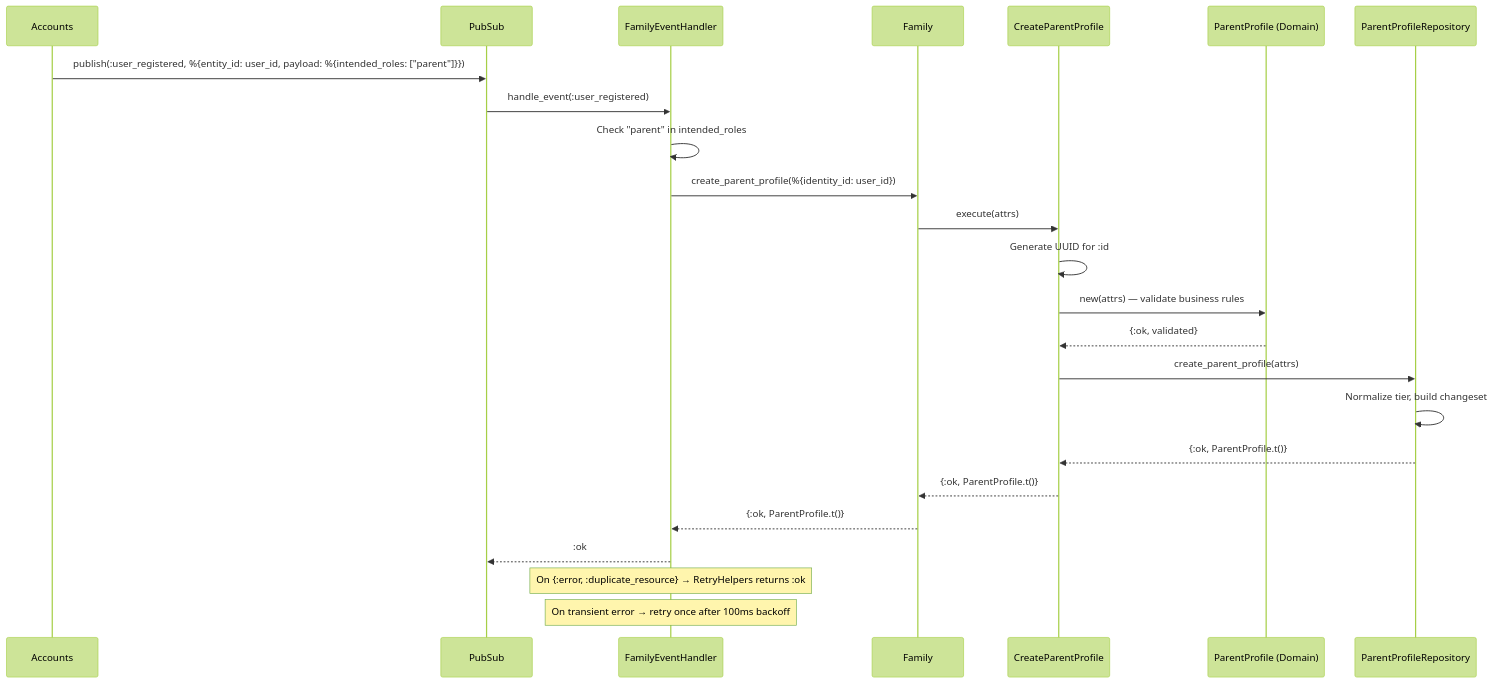
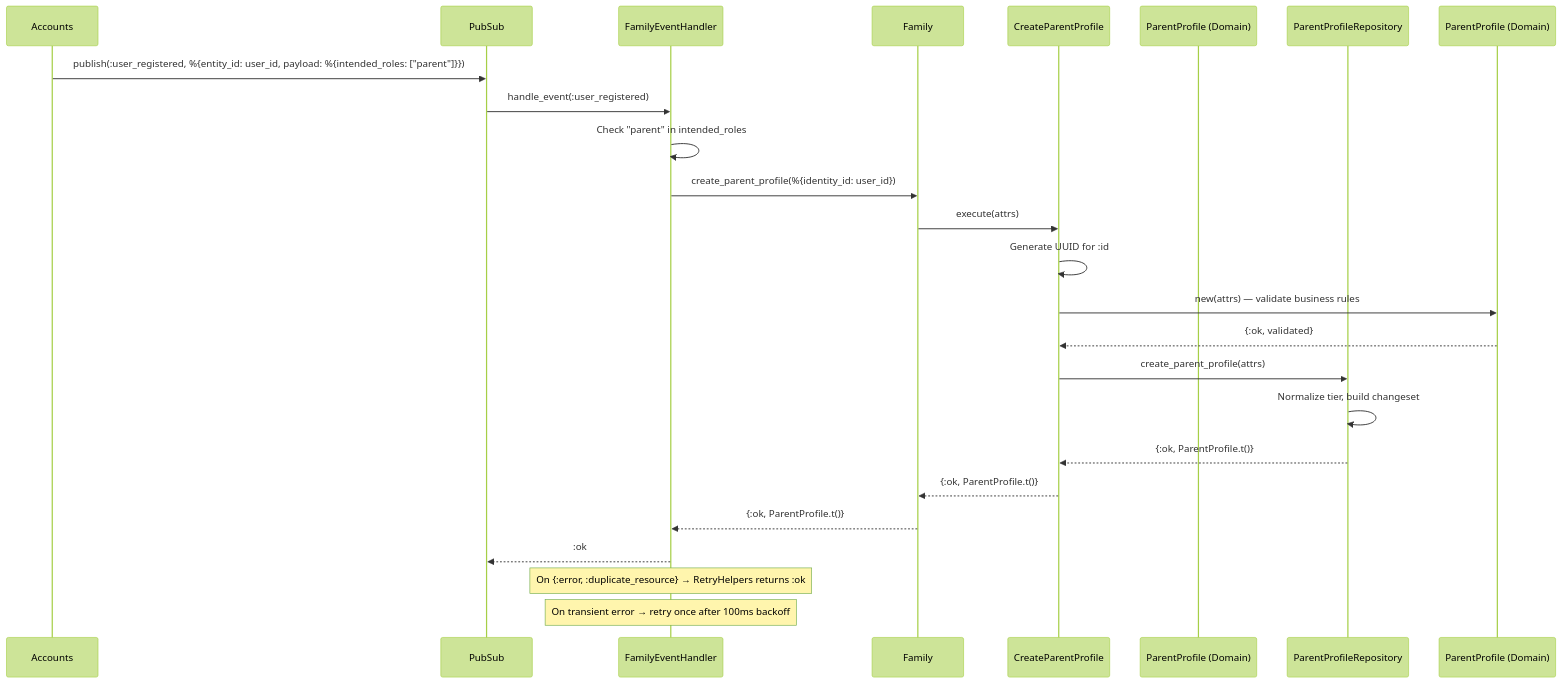
Before and after one commit to MaxPayne89/prime-youth: the diagram in docs/contexts/family/features/parent-profile-creation.md, drawn with Mermaid (forest theme). The commit also changed 4 other files, not shown here.

First line of the commit message:
fix: use Mermaid alias syntax for participant names with parentheses

````diff
--- a/docs/contexts/family/features/parent-profile-creation.md
+++ b/docs/contexts/family/features/parent-profile-creation.md
@@ -73,28 +73,28 @@
 ```mermaid
 sequenceDiagram
     participant Accounts
     participant PubSub
     participant FamilyEventHandler
     participant Family
     participant CreateParentProfile
-    participant ParentProfile (Domain)
+    participant ParentProfile as ParentProfile (Domain)
     participant ParentProfileRepository
 
     Accounts->>PubSub: publish(:user_registered, %{entity_id: user_id, payload: %{intended_roles: ["parent"]}})
     PubSub->>FamilyEventHandler: handle_event(:user_registered)
     FamilyEventHandler->>FamilyEventHandler: Check "parent" in intended_roles
     FamilyEventHandler->>Family: create_parent_profile(%{identity_id: user_id})
     Family->>CreateParentProfile: execute(attrs)
     CreateParentProfile->>CreateParentProfile: Generate UUID for :id
     CreateParentProfile->>ParentProfile (Domain): new(attrs) — validate business rules
     ParentProfile (Domain)-->>CreateParentProfile: {:ok, validated}
     CreateParentProfile->>ParentProfileRepository: create_parent_profile(attrs)
     ParentProfileRepository->>ParentProfileRepository: Normalize tier, build changeset
     ParentProfileRepository-->>CreateParentProfile: {:ok, ParentProfile.t()}
     CreateParentProfile-->>Family: {:ok, ParentProfile.t()}
     Family-->>FamilyEventHandler: {:ok, ParentProfile.t()}
     FamilyEventHandler-->>PubSub: :ok
 
     Note over FamilyEventHandler: On {:error, :duplicate_resource} → RetryHelpers returns :ok
     Note over FamilyEventHandler: On transient error → retry once after 100ms backoff
 ```
````
